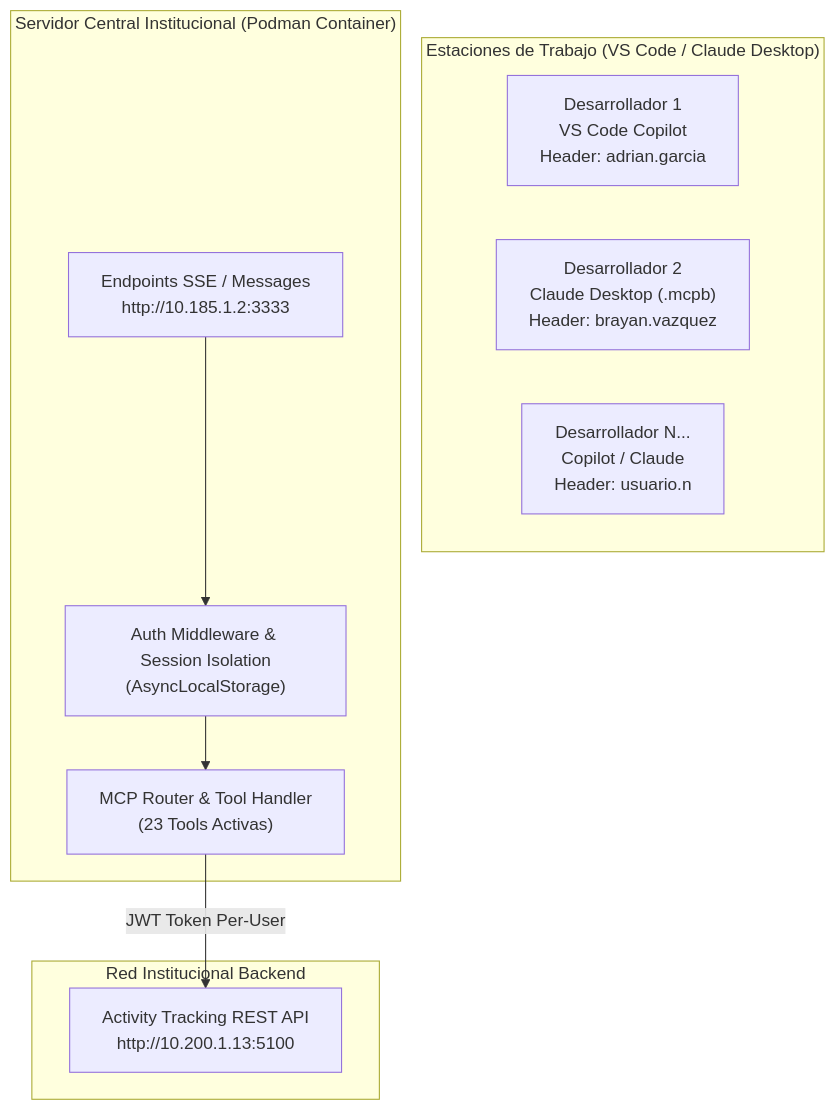
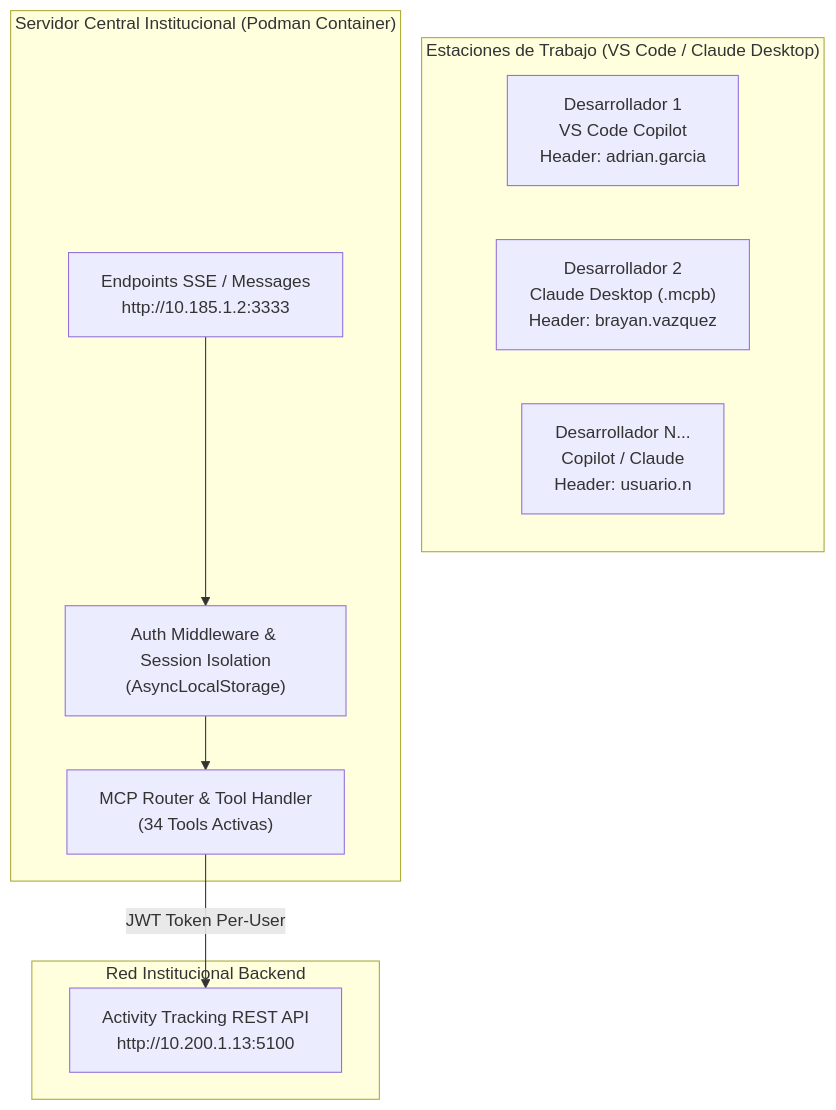
One commit to BasherMX/MCP_ActivityTracking changed the diagram in README.md. Above: the diagram before and after it, drawn with Mermaid. The commit also changed 12 other files, not shown here.

Commit message:
feat: 34 tools MCP, reporte de bugs AppIssues, colaboradores de etapa y resolución dinámica de usuario

````diff
--- a/README.md
+++ b/README.md
@@ -11,22 +11,22 @@
 ```mermaid
 graph TD
     subgraph "Estaciones de Trabajo (VS Code / Claude Desktop)"
         UserA["Desarrollador 1<br/>VS Code Copilot<br/>Header: adrian.garcia"]
         UserB["Desarrollador 2<br/>Claude Desktop (.mcpb)<br/>Header: brayan.vazquez"]
         UserN["Desarrollador N...<br/>Copilot / Claude<br/>Header: usuario.n"]
     end
 
     subgraph "Servidor Central Institucional (Podman Container)"
         SSE["Endpoints SSE / Messages<br/>http://10.185.1.2:3333"]
         Middleware["Auth Middleware & Session Isolation<br/>(AsyncLocalStorage)"]
-        Dispatcher["MCP Router & Tool Handler<br/>(23 Tools Activas)"]
+        Dispatcher["MCP Router & Tool Handler<br/>(34 Tools Activas)"]
 
         SSE --> Middleware
         Middleware --> Dispatcher
     end
 
     subgraph "Red Institucional Backend"
         API["Activity Tracking REST API<br/>http://10.200.1.13:5100"]
         Dispatcher -->|JWT Token Per-User| API
     end
 ```
````
